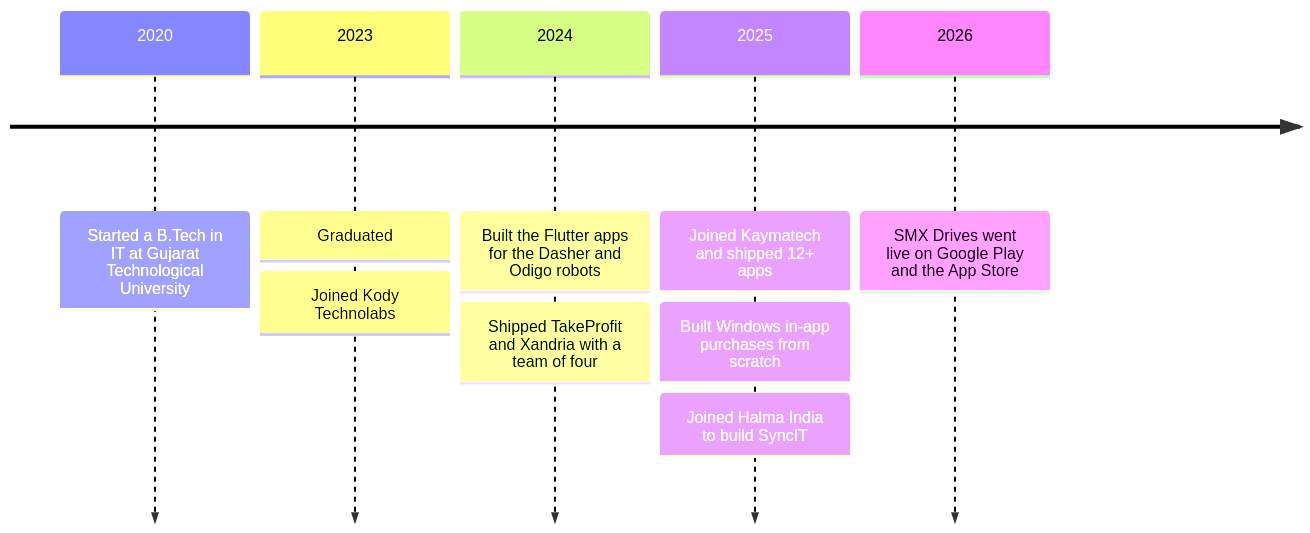
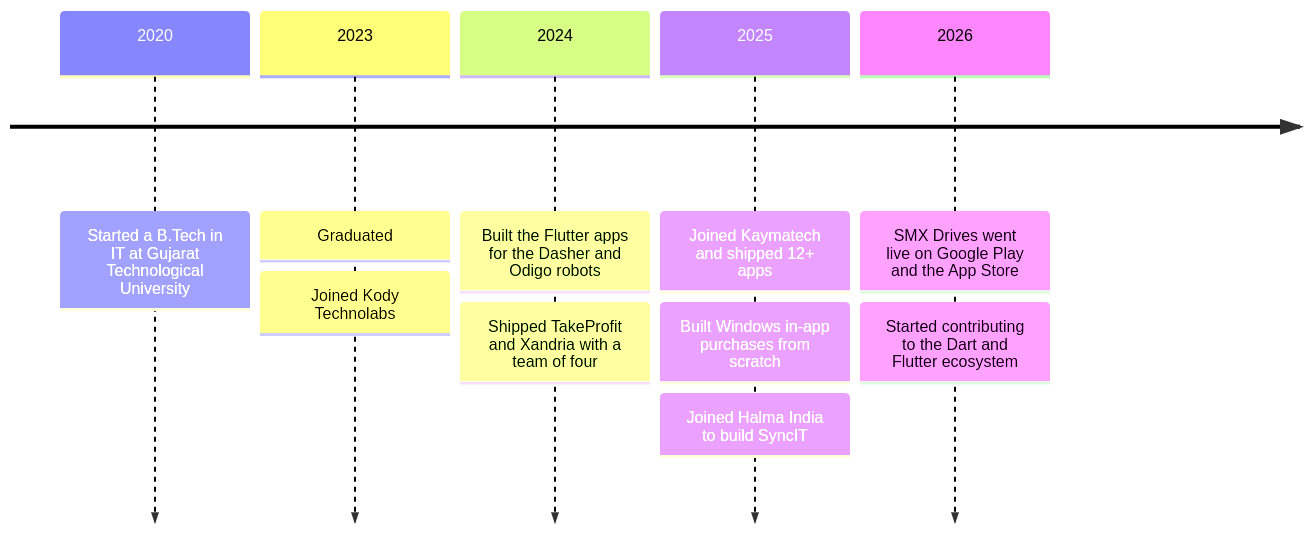
Before and after one commit to uveshm003/uveshm003: the diagram in README.md, drawn with Mermaid. The commit also changed other lines of this file, not shown here.

````diff
--- a/README.md
+++ b/README.md
@@ -607,8 +121,8 @@
 ```mermaid
 timeline
     2020 : Started a B.Tech in IT at Gujarat Technological University
     2023 : Graduated : Joined Kody Technolabs
     2024 : Built the Flutter apps for the Dasher and Odigo robots : Shipped TakeProfit and Xandria with a team of four
     2025 : Joined Kaymatech and shipped 12+ apps : Built Windows in-app purchases from scratch : Joined Halma India to build SyncIT
-    2026 : SMX Drives went live on Google Play and the App Store
+    2026 : SMX Drives went live on Google Play and the App Store : Started contributing to the Dart and Flutter ecosystem
 ```
````
